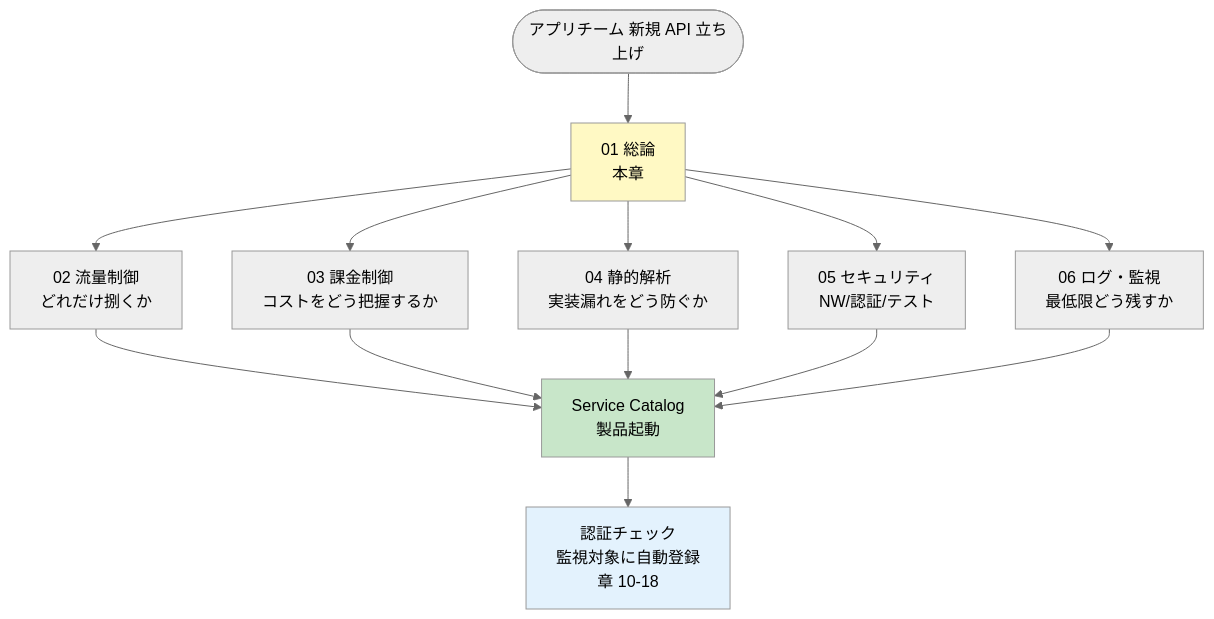
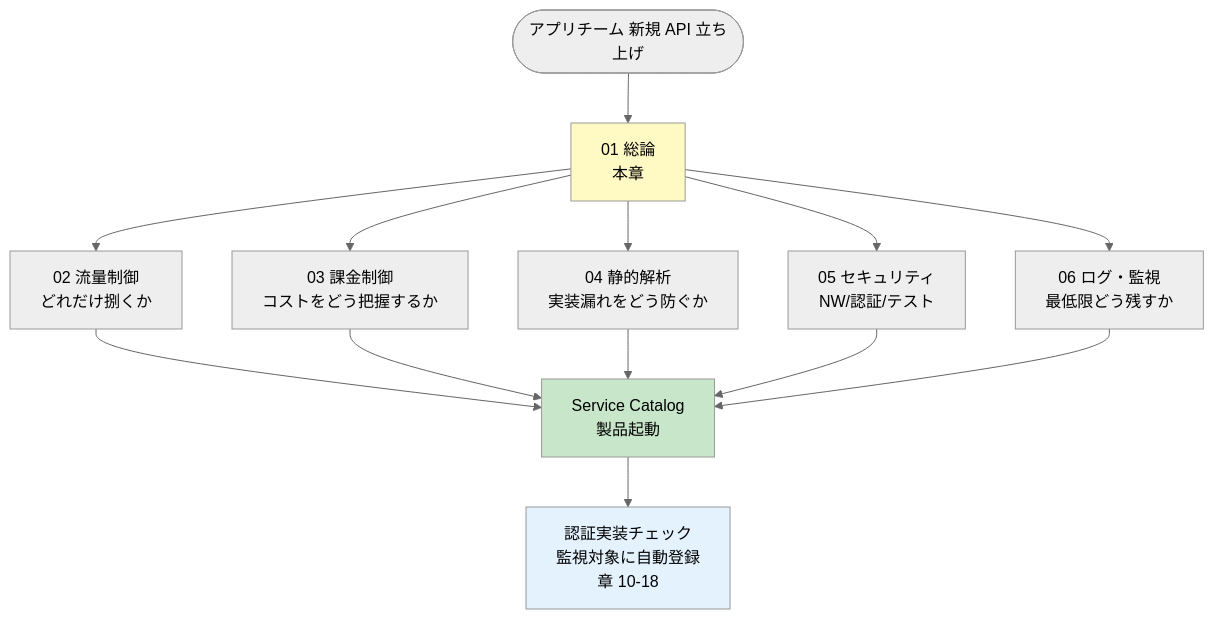
One commit to suepie/aws-atuh-poc changed the third of 3 diagrams in doc/api-platform/basic-design/01-cloud-guidelines-overview.md. Above: the diagram before and after it, drawn with Mermaid (neutral theme). The commit also changed other lines of this file and 27 other files, not shown here.

````diff
--- a/doc/api-platform/basic-design/01-cloud-guidelines-overview.md
+++ b/doc/api-platform/basic-design/01-cloud-guidelines-overview.md
@@ -211,24 +211,24 @@
 ```mermaid
 flowchart TD
     Start([アプリチーム 新規 API 立ち上げ])
     Overview[01 総論<br/>本章]
     Start --> Overview
 
     Overview --> RL[02 流量制御<br/>どれだけ捌くか]
     Overview --> BL[03 課金制御<br/>コストをどう把握するか]
     Overview --> SA[04 静的解析<br/>実装漏れをどう防ぐか]
     Overview --> SEC[05 セキュリティ<br/>NW/認証/テスト]
     Overview --> OBS[06 ログ・監視<br/>最低限どう残すか]
 
     RL --> Deploy[Service Catalog<br/>製品起動]
     BL --> Deploy
     SA --> Deploy
     SEC --> Deploy
     OBS --> Deploy
 
-    Deploy --> Monitor[認証チェック<br/>監視対象に自動登録<br/>章 10-18]
+    Deploy --> Monitor[認証実装チェック<br/>監視対象に自動登録<br/>章 10-18]
 
     style Overview fill:#fff9c4
     style Deploy fill:#c8e6c9
     style Monitor fill:#e3f2fd
 ```
````
